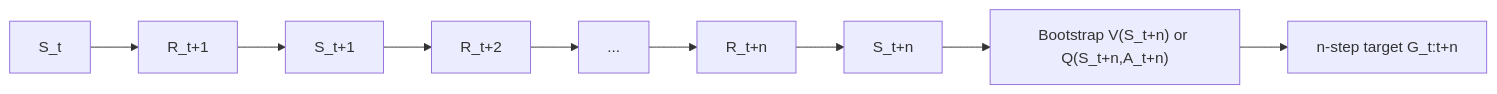
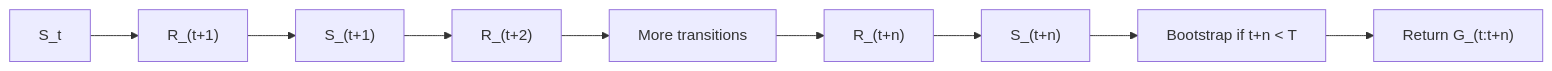
The diagram in docs/cs/reinforcement-learning/n-step-bootstrapping.md (justinbrianhwang/SJ-wiki), drawn with Mermaid before and after one commit. The commit also changed other lines of this file and 166 other files, not shown here.

````diff
--- a/docs/cs/reinforcement-learning/n-step-bootstrapping.md
+++ b/docs/cs/reinforcement-learning/n-step-bootstrapping.md
@@ -75,11 +45,11 @@
 ```mermaid
 flowchart LR
-  S0[S_t] --> R1[R_t+1]
-  R1 --> S1[S_t+1]
-  S1 --> R2[R_t+2]
-  R2 --> Dots[...]
-  Dots --> Rn[R_t+n]
-  Rn --> Sn[S_t+n]
-  Sn --> Boot["Bootstrap V(S_t+n) or Q(S_t+n,A_t+n)"]
-  Boot --> Target["n-step target G_t:t+n"]
+  S0["S_t"] --> R1["R_(t+1)"]
+  R1 --> S1["S_(t+1)"]
+  S1 --> R2["R_(t+2)"]
+  R2 --> M[More transitions]
+  M --> RN["R_(t+n)"]
+  RN --> SN["S_(t+n)"]
+  SN --> B["Bootstrap if t+n < T"]
+  B --> G["Return G_(t:t+n)"]
 ```
````
